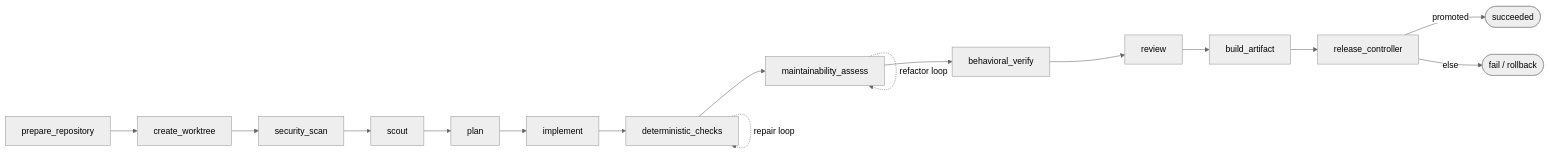
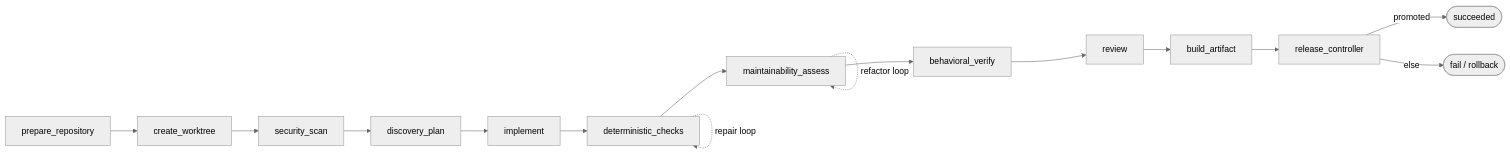
Before and after one commit to aryaniyaps/software-factory: the diagram in README.md, drawn with Mermaid (neutral theme). The commit also changed other lines of this file and 60 other files, not shown here.

First line of the commit message:
feat: add discovery_plan, durable clarification, A2A gateway, and session persistence

````diff
--- a/README.md
+++ b/README.md
@@ -9,11 +9,11 @@
 ```mermaid
 flowchart LR
   prep[prepare_repository] --> wt[create_worktree] --> sec[security_scan]
-  sec --> scout --> plan --> impl[implement]
+  sec --> discoveryPlan[discovery_plan] --> impl[implement]
   impl --> checks[deterministic_checks] --> maint[maintainability_assess]
   checks -.->|repair loop| checks
   maint -.->|refactor loop| maint
   maint --> bev[behavioral_verify] --> review --> build[build_artifact] --> release[release_controller]
   release -->|promoted| ok([succeeded])
   release -->|else| stop([fail / rollback])
 ```
````
